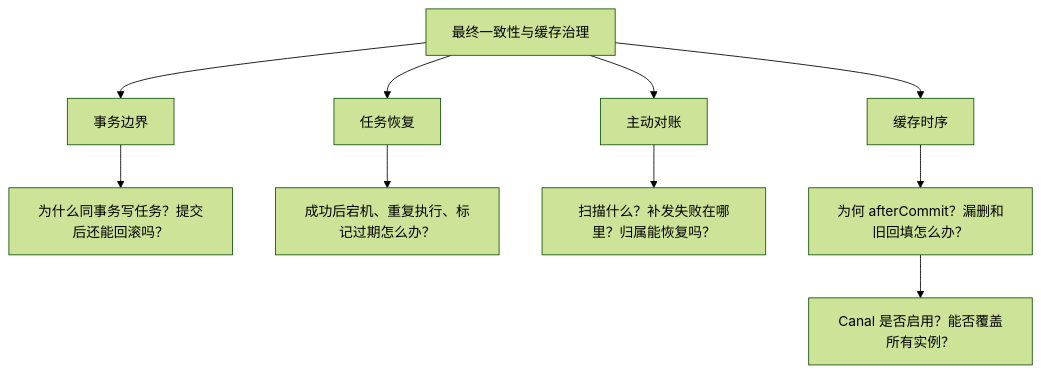
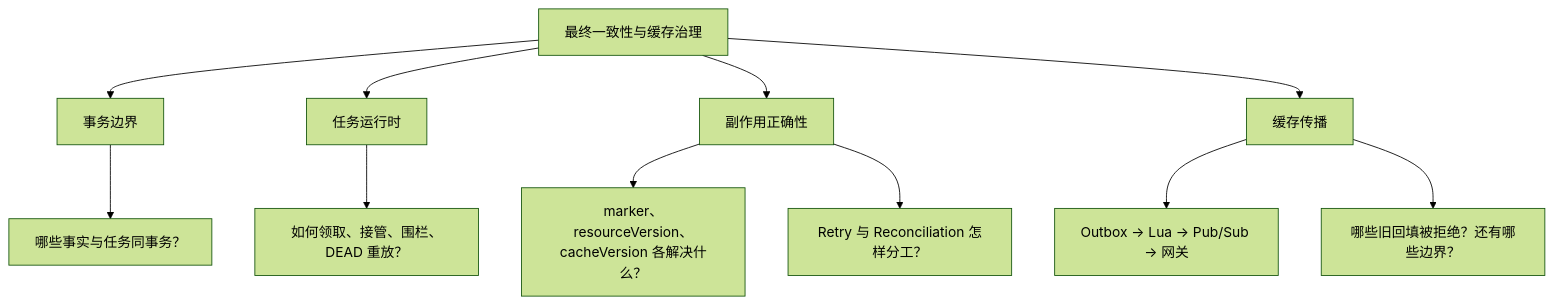
Before and after one commit to SyH-101/citypass-platform: diagram 13 of 13 in 04-最终一致性与缓存治理.md, drawn with Mermaid (forest theme). The commit also changed other lines of this file and 1 other file, not shown here.

````diff
--- a/04-最终一致性与缓存治理.md
+++ b/04-最终一致性与缓存治理.md
@@ -1402,12 +1366,13 @@
 ```mermaid
 flowchart TD
     A["最终一致性与缓存治理"] --> B["事务边界"]
-    A --> C["任务恢复"]
-    A --> D["主动对账"]
-    A --> E["缓存时序"]
-    B --> B1["为什么同事务写任务？提交后还能回滚吗？"]
-    C --> C1["成功后宕机、重复执行、标记过期怎么办？"]
-    D --> D1["扫描什么？补发失败在哪里？归属能恢复吗？"]
-    E --> E1["为何 afterCommit？漏删和旧回填怎么办？"]
-    E1 --> E2["Canal 是否启用？能否覆盖所有实例？"]
+    A --> C["任务运行时"]
+    A --> D["副作用正确性"]
+    A --> E["缓存传播"]
+    B --> B1["哪些事实与任务同事务？"]
+    C --> C1["如何领取、接管、围栏、DEAD 重放？"]
+    D --> D1["marker、resourceVersion、cacheVersion 各解决什么？"]
+    D --> D2["Retry 与 Reconciliation 怎样分工？"]
+    E --> E1["Outbox → Lua → Pub/Sub → 网关"]
+    E --> E2["哪些旧回填被拒绝？还有哪些边界？"]
 ```
````
